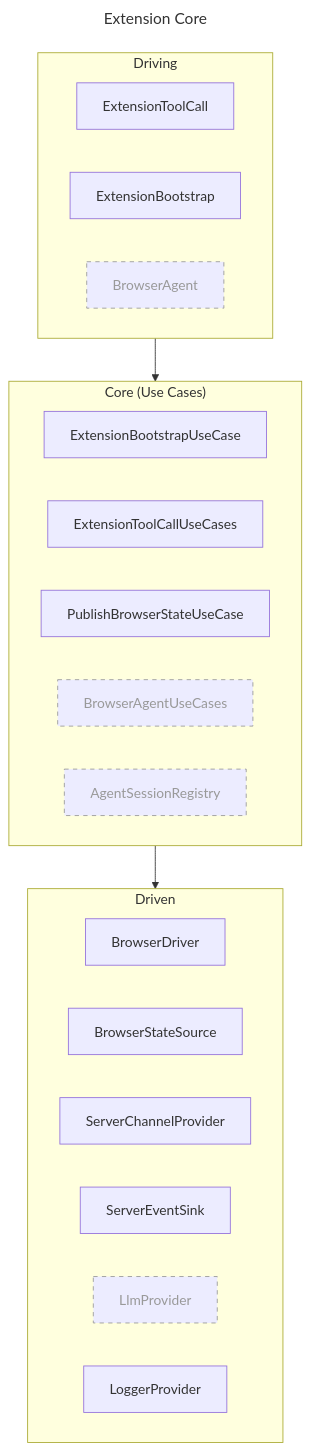
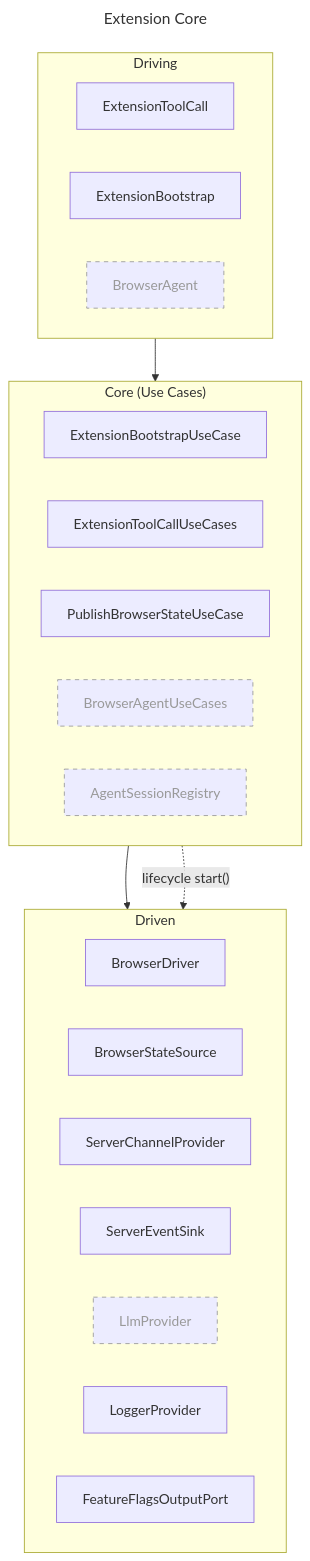
The fourth of 11 diagrams in docs/architecture.md (ndthanhdev/mcp-browser-kit), drawn with Mermaid before and after one commit. The commit also changed other lines of this file and 39 other files, not shown here.

First line of the commit message:
feat: add feature flags with OpenFeature (#155)

````diff
--- a/docs/architecture.md
+++ b/docs/architecture.md
@@ -107,34 +109,36 @@
 ```mermaid
 ---
 title: Extension Core
 ---
 flowchart 
   subgraph Driving["Driving"]
     direction LR
     ExtensionToolCall
     ExtensionBootstrap
     BrowserAgent
   end
   subgraph Core["Core (Use Cases)"]
     direction LR
     ExtensionBootstrapUseCase
     ExtensionToolCallUseCases
     PublishBrowserStateUseCase
     BrowserAgentUseCases
     AgentSessionRegistry
   end
   subgraph Driven["Driven"]
     direction LR
     BrowserDriver
     BrowserStateSource
     ServerChannelProvider
     ServerEventSink
     LlmProvider
     LoggerProvider
+    FeatureFlagsOutputPort
   end
 
   Driving --> Core --> Driven
+  Core -.->|"lifecycle start()"| FeatureFlagsOutputPort
 
   classDef planned stroke-dasharray:5 5,stroke:#999,color:#999;
   class BrowserAgent,BrowserAgentUseCases,AgentSessionRegistry,LlmProvider planned;
 ```
````
